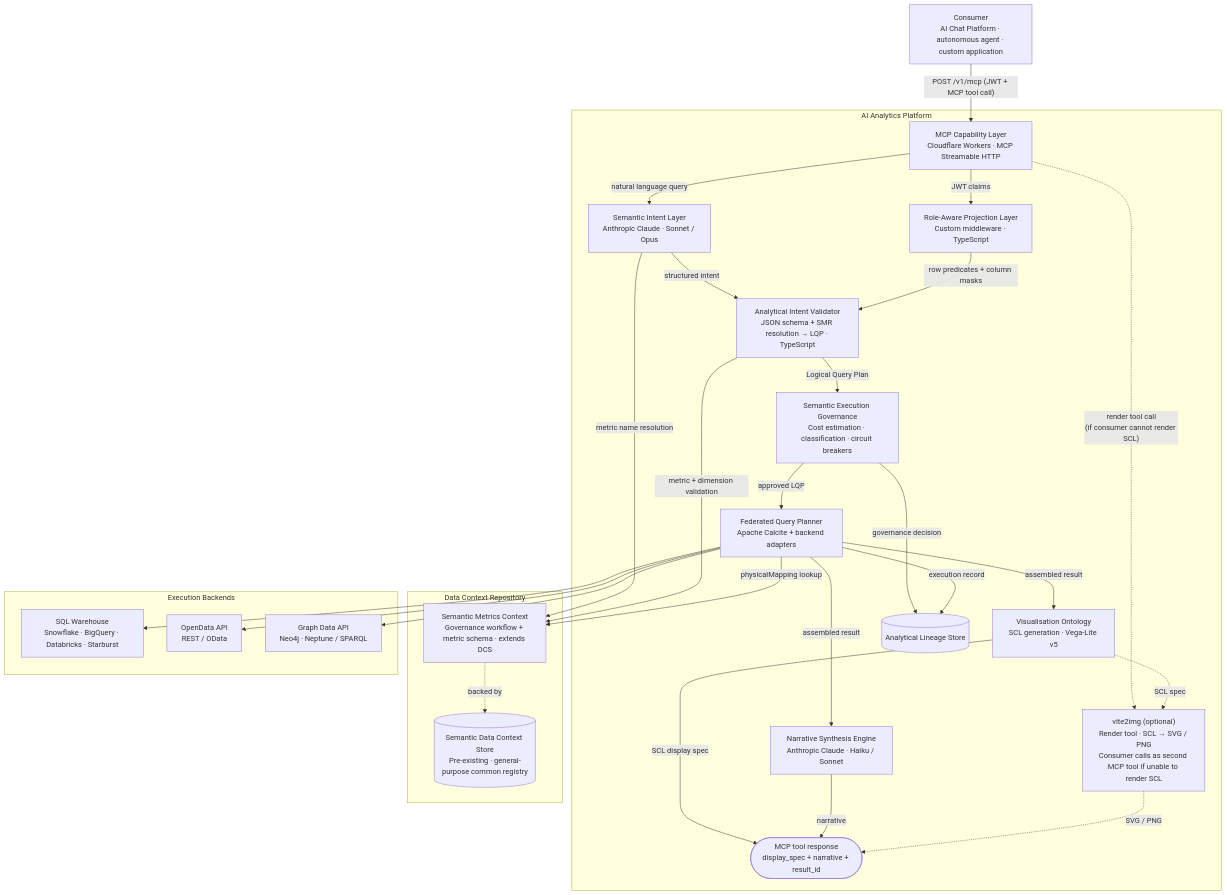
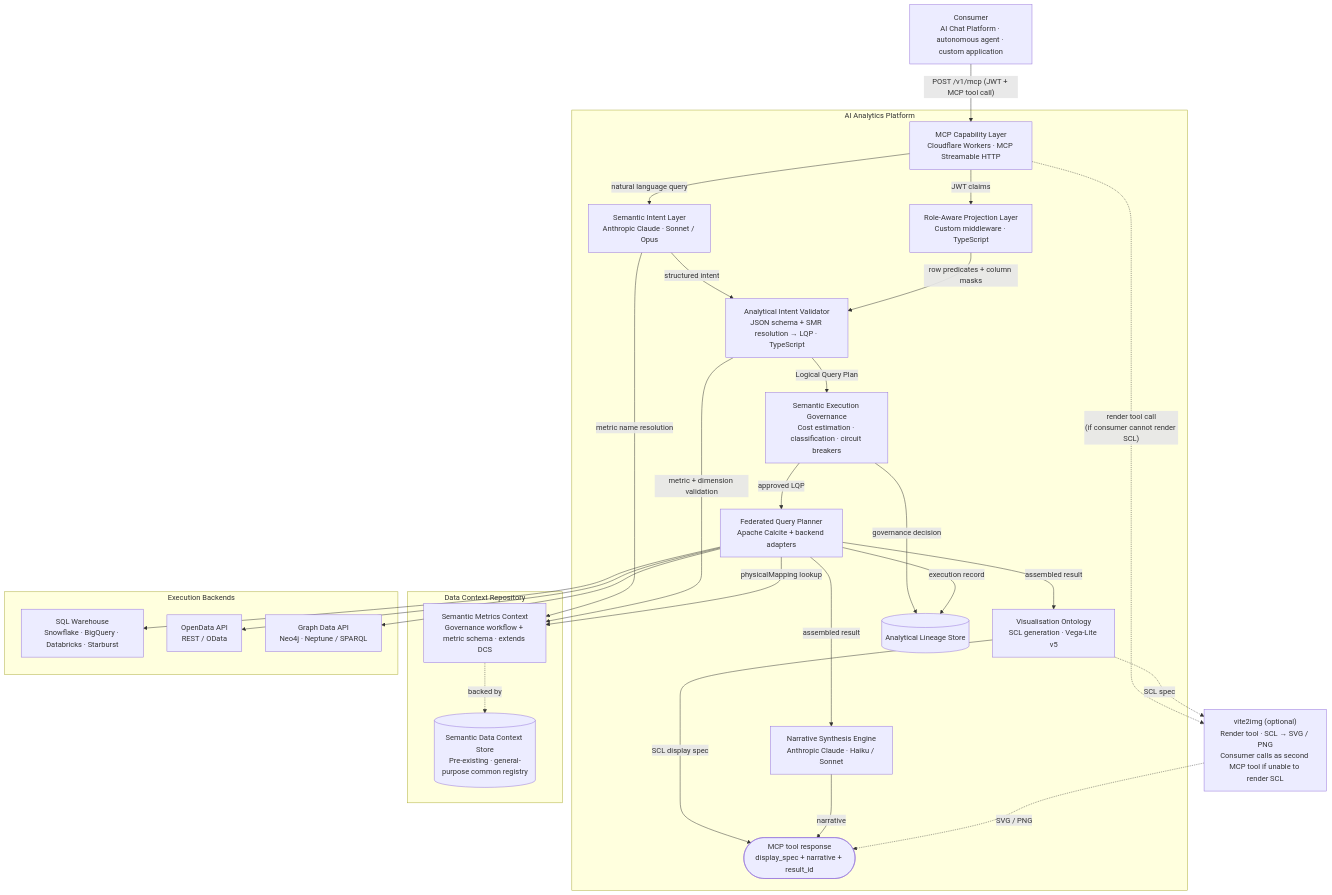
One commit to M-A-Operating-System/shared-work changed the diagram in docs/product/analytics/17-proposed-technical-architecture.md. Above: the diagram before and after it, drawn with Mermaid. The commit also changed 1 other file, not shown here.

Commit message:
docs(analytics): move vite2img outside AI Analytics Platform subgraph
vite2img is a standalone optional component, not part of the platform itself.
Result node remains inside the platform subgraph.

https://claude.ai/code/session_017FLHkPvMBXAA7SKHrDbLDn

````diff
--- a/docs/product/analytics/17-proposed-technical-architecture.md
+++ b/docs/product/analytics/17-proposed-technical-architecture.md
@@ -11,51 +11,52 @@
 ```mermaid
 flowchart TD
     Consumer["Consumer\nAI Chat Platform · autonomous agent · custom application"]
 
     subgraph analytics["AI Analytics Platform"]
         MCP["MCP Capability Layer\nCloudflare Workers · MCP Streamable HTTP"]
         SIL["Semantic Intent Layer\nAnthropic Claude · Sonnet / Opus"]
         RAPL["Role-Aware Projection Layer\nCustom middleware · TypeScript"]
         AIV["Analytical Intent Validator\nJSON schema + SMR resolution → LQP · TypeScript"]
         SEG["Semantic Execution Governance\nCost estimation · classification · circuit breakers"]
         FQP["Federated Query Planner\nApache Calcite + backend adapters"]
         VO["Visualisation Ontology\nSCL generation · Vega-Lite v5"]
         NSE["Narrative Synthesis Engine\nAnthropic Claude · Haiku / Sonnet"]
         LS[("Analytical Lineage Store")]
-        vite2img["vite2img (optional)\nRender tool · SCL → SVG / PNG\nConsumer calls as second MCP tool if unable to render SCL"]
         Result(["MCP tool response\ndisplay_spec + narrative + result_id"])
     end
+
+    vite2img["vite2img (optional)\nRender tool · SCL → SVG / PNG\nConsumer calls as second MCP tool if unable to render SCL"]
 
     subgraph dcr["Data Context Repository"]
         SMC["Semantic Metrics Context\nGovernance workflow + metric schema · extends DCS"]
         DCS[("Semantic Data Context Store\nPre-existing · general-purpose common registry")]
         SMC -. backed by .-> DCS
     end
 
     subgraph backends["Execution Backends"]
         SQL["SQL Warehouse\nSnowflake · BigQuery · Databricks · Starburst"]
         ODA["OpenData API\nREST / OData"]
         GDA["Graph Data API\nNeo4j · Neptune / SPARQL"]
     end
 
     Consumer -->|"POST /v1/mcp (JWT + MCP tool call)"| MCP
     MCP -->|"natural language query"| SIL
     MCP -->|"JWT claims"| RAPL
     SIL -->|"metric name resolution"| SMC
     SIL -->|"structured intent"| AIV
     RAPL -->|"row predicates + column masks"| AIV
     AIV -->|"metric + dimension validation"| SMC
     AIV -->|"Logical Query Plan"| SEG
     SEG -->|"approved LQP"| FQP
     SEG -->|"governance decision"| LS
     FQP -->|"physicalMapping lookup"| SMC
     FQP --> SQL & ODA & GDA
     FQP -->|"execution record"| LS
     FQP -->|"assembled result"| VO
     FQP -->|"assembled result"| NSE
     VO -->|"SCL display spec"| Result
     NSE -->|"narrative"| Result
     MCP -. "render tool call\n(if consumer cannot render SCL)" .-> vite2img
     VO -. "SCL spec" .-> vite2img
     vite2img -. "SVG / PNG" .-> Result
 ```
````
